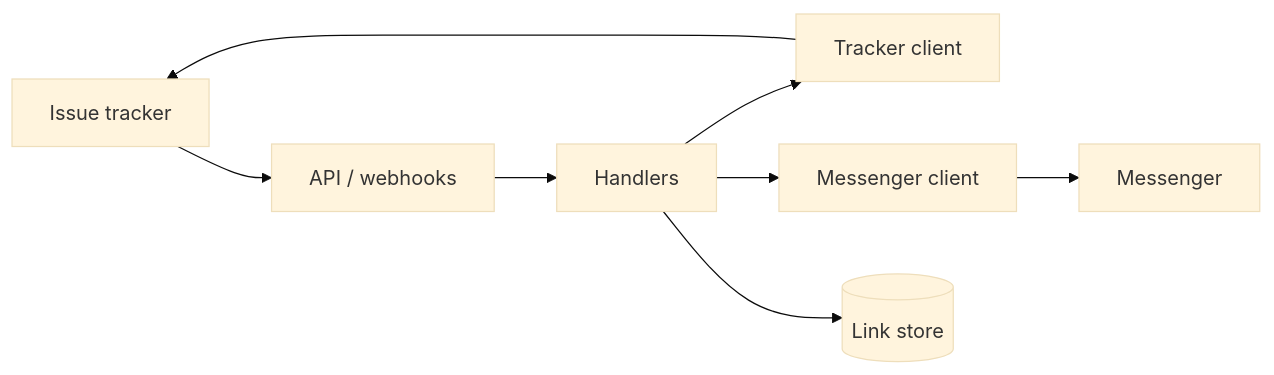
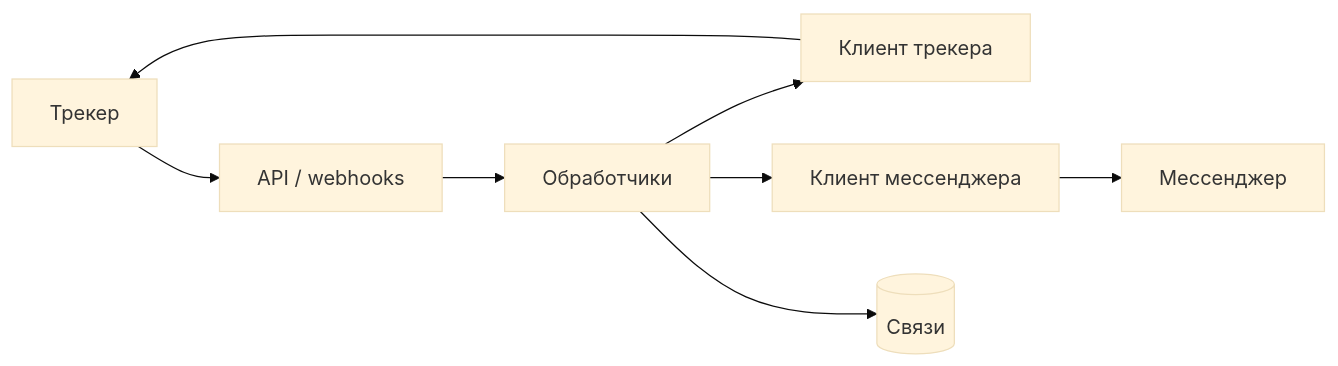
One commit to artyom-ai-dev/portfolio changed the diagram in cases/02-messenger-tracker-sync.md. Above: the diagram before and after it, drawn with Mermaid (base theme). The commit also changed other lines of this file and 4 other files, not shown here.

````diff
--- a/cases/02-messenger-tracker-sync.md
+++ b/cases/02-messenger-tracker-sync.md
@@ -26,10 +26,10 @@
 ```mermaid
 flowchart LR
-  T[Issue tracker] --> API[API / webhooks]
-  API --> H[Handlers]
-  H --> TC[Tracker client]
-  H --> MC[Messenger client]
-  H --> DB[(Link store)]
+  T[Трекер] --> API[API / webhooks]
+  API --> H[Обработчики]
+  H --> TC[Клиент трекера]
+  H --> MC[Клиент мессенджера]
+  H --> DB[(Связи)]
   TC --> T
-  MC --> M[Messenger]
+  MC --> M[Мессенджер]
 ```
````
